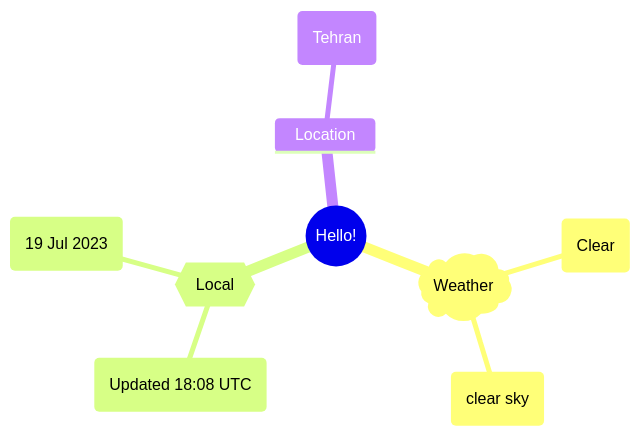
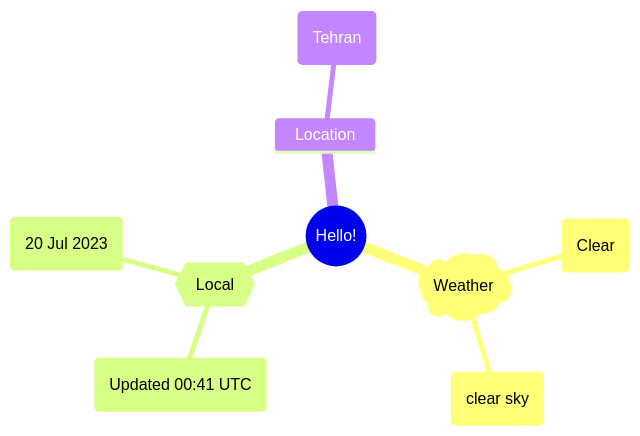
Before and after one commit to Xosrov/Xosrov: the first of 2 diagrams in README.md, drawn with Mermaid.

Commit message:
[bot] updated images

````diff
--- a/README.md
+++ b/README.md
@@ -3,12 +3,12 @@
 ```mermaid
 mindmap
   root((Hello!))
     )Weather(
         (Clear)
         (clear sky)
     {{Local}}
-        (Updated 18:08 UTC)
-        (19 Jul 2023)
+        (Updated 00:41 UTC)
+        (20 Jul 2023)
     Location
         (Tehran)
 ```
````
